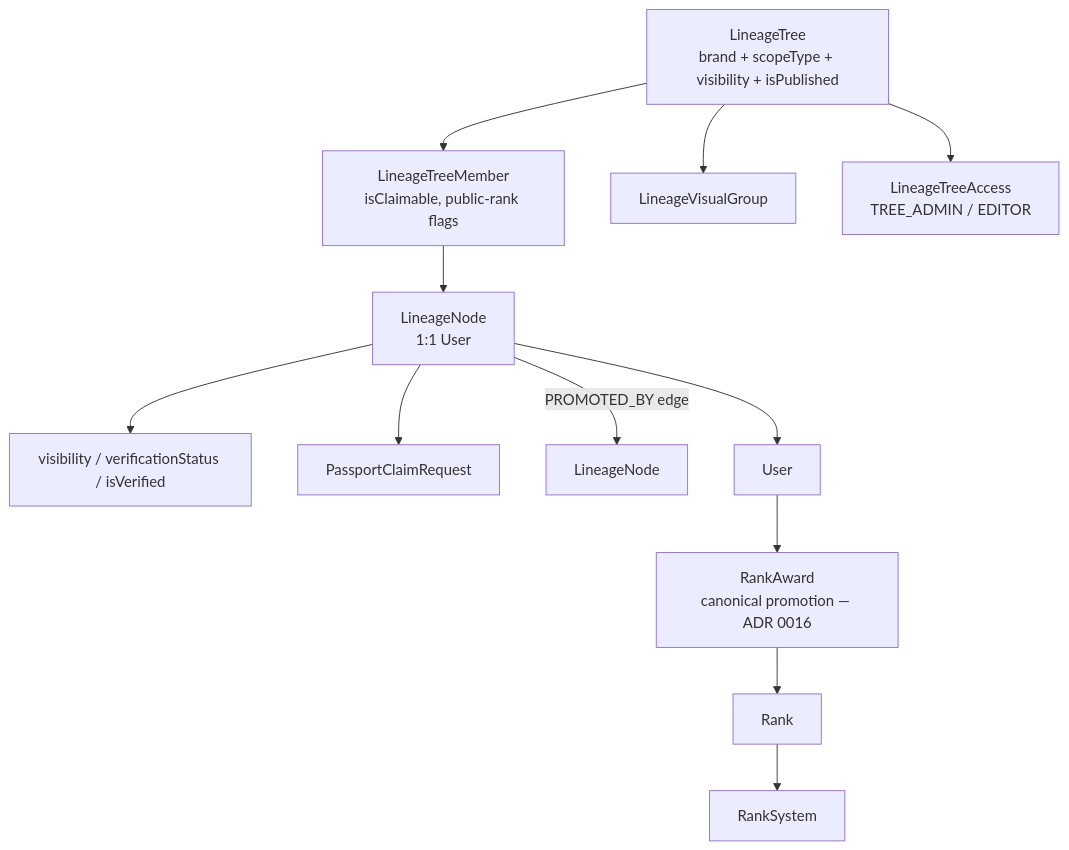
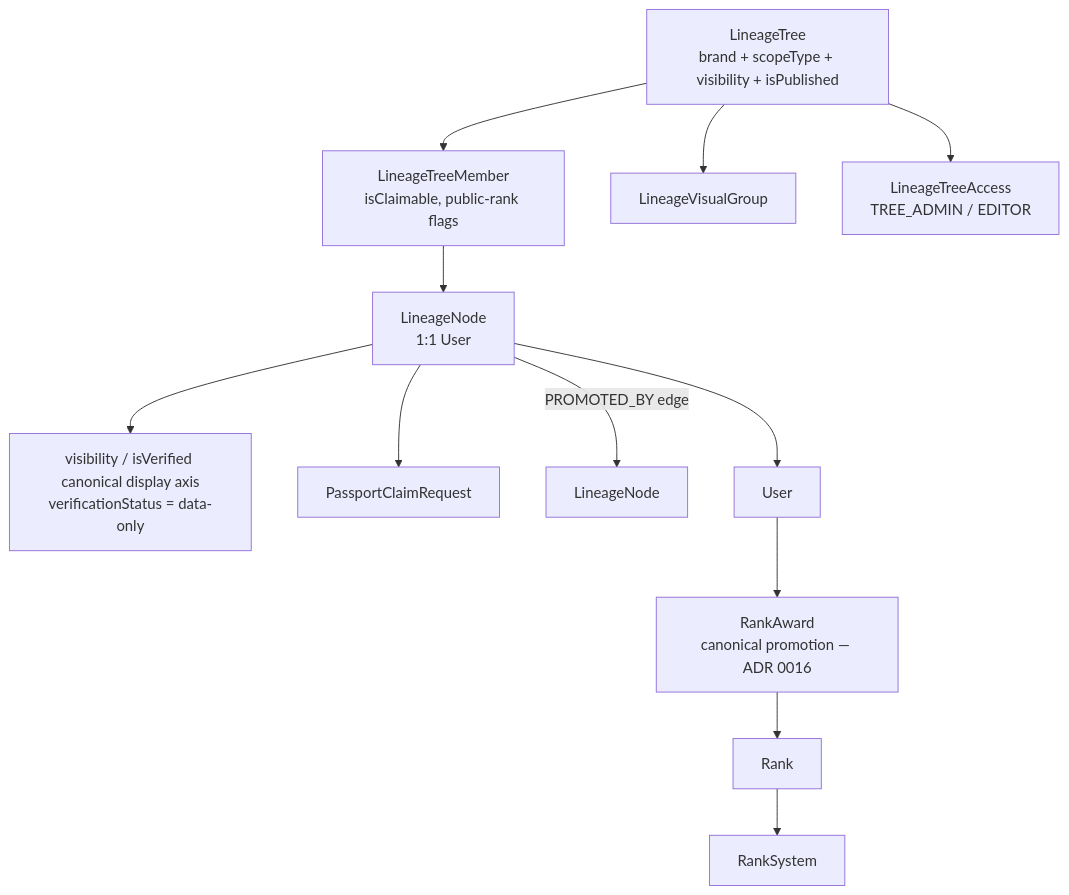
Before and after one commit to Ronin-Dojo-Design/ronin-dojo-baseline: the first of 4 diagrams in docs/runbooks/sops/lineage-data-wiring-flow.md, drawn with Mermaid. The commit also changed other lines of this file and 8 other files, not shown here.

````diff
--- a/docs/runbooks/sops/lineage-data-wiring-flow.md
+++ b/docs/runbooks/sops/lineage-data-wiring-flow.md
@@ -66,13 +67,13 @@
 ```mermaid
 flowchart TD
     LT[LineageTree\nbrand + scopeType + visibility + isPublished] --> TM[LineageTreeMember\nisClaimable, public-rank flags]
     TM --> LN[LineageNode\n1:1 User]
-    LN --> VS[visibility / verificationStatus / isVerified]
+    LN --> VS[visibility / isVerified canonical display axis\nverificationStatus = data-only]
     LN --> CR[PassportClaimRequest]
     LT --> VG[LineageVisualGroup]
     LT --> AG[LineageTreeAccess\nTREE_ADMIN / EDITOR]
     LN -->|PROMOTED_BY edge| LN2[LineageNode]
     LN --> U[User]
     U --> RA[RankAward\ncanonical promotion — ADR 0016]
     RA --> RK[Rank] --> RKS[RankSystem]
 ```
````
